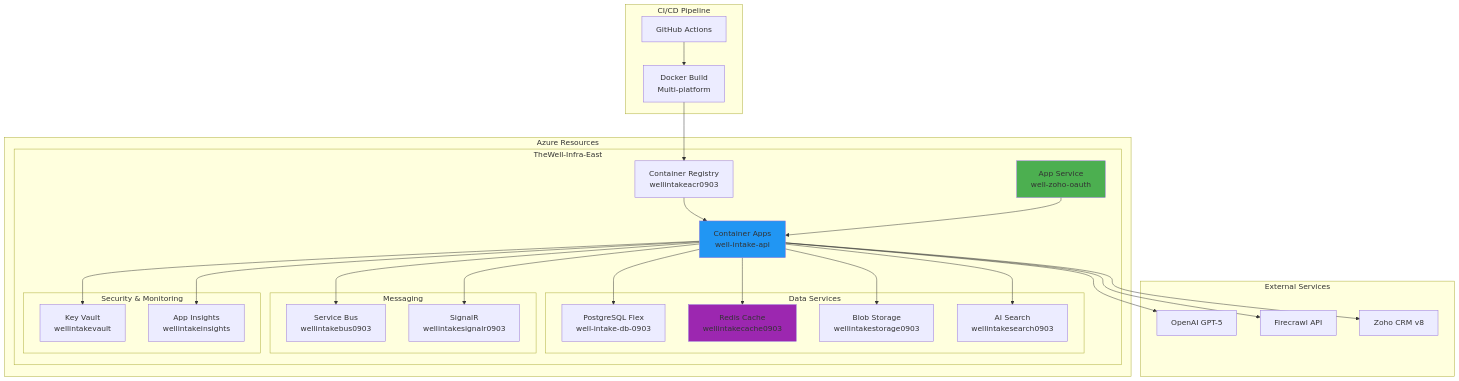
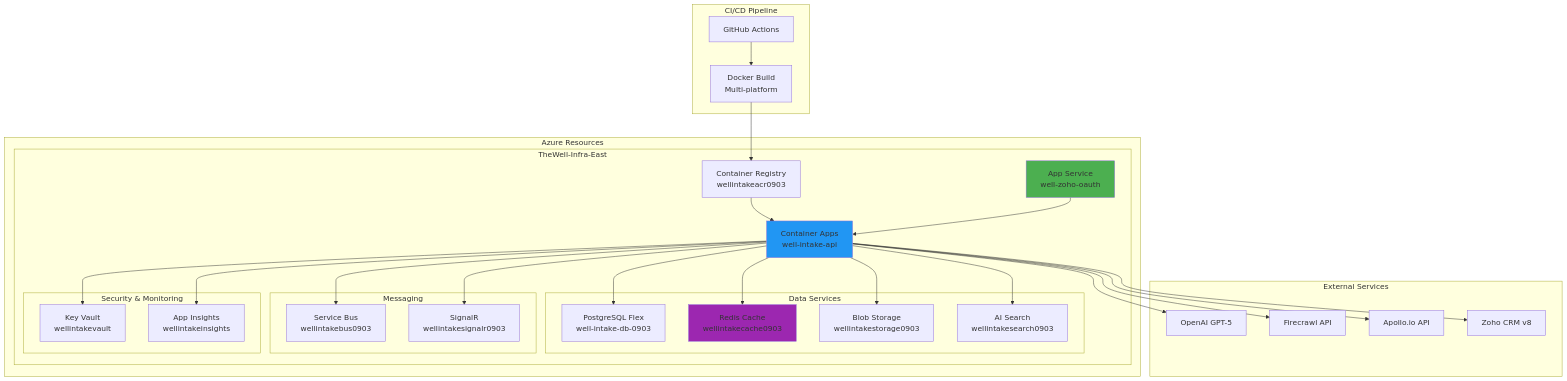
One commit to romiteld/ZohoDealCreation changed the third of 3 diagrams in README.md. Above: the diagram before and after it, drawn with Mermaid. The commit also changed other lines of this file and 5 other files, not shown here.

First line of the commit message:
feat: Integrate Apollo.io contact enrichment API

````diff
--- a/README.md
+++ b/README.md
@@ -202,58 +207,60 @@
 ```mermaid
 graph TB
     subgraph "Azure Resources"
         subgraph "TheWell-Infra-East"
             CA[Container Apps<br/>well-intake-api]
             AS[App Service<br/>well-zoho-oauth]
             ACR[Container Registry<br/>wellintakeacr0903]
             
             subgraph "Data Services"
                 PG[PostgreSQL Flex<br/>well-intake-db-0903]
                 REDIS[Redis Cache<br/>wellintakecache0903]
                 BLOB[Blob Storage<br/>wellintakestorage0903]
                 SEARCH[AI Search<br/>wellintakesearch0903]
             end
             
             subgraph "Messaging"
                 SB[Service Bus<br/>wellintakebus0903]
                 SR[SignalR<br/>wellintakesignalr0903]
             end
             
             subgraph "Security & Monitoring"
                 KV[Key Vault<br/>wellintakevault]
                 AI[App Insights<br/>wellintakeinsights]
             end
         end
     end
 
     subgraph "CI/CD Pipeline"
         GH[GitHub Actions]
         DOCKER[Docker Build<br/>Multi-platform]
     end
 
     subgraph "External Services"
         OPENAI[OpenAI GPT-5]
         FIRECRAWL[Firecrawl API]
+        APOLLO_API[Apollo.io API]
         ZOHO_API[Zoho CRM v8]
     end
 
     GH --> DOCKER
     DOCKER --> ACR
     ACR --> CA
     AS --> CA
     CA --> PG
     CA --> REDIS
     CA --> BLOB
     CA --> SEARCH
     CA --> SB
     CA --> SR
     CA --> KV
     CA --> AI
     CA --> OPENAI
     CA --> FIRECRAWL
+    CA --> APOLLO_API
     CA --> ZOHO_API
 
     style CA fill:#2196F3
     style AS fill:#4CAF50
     style REDIS fill:#9C27B0
 ```
````
